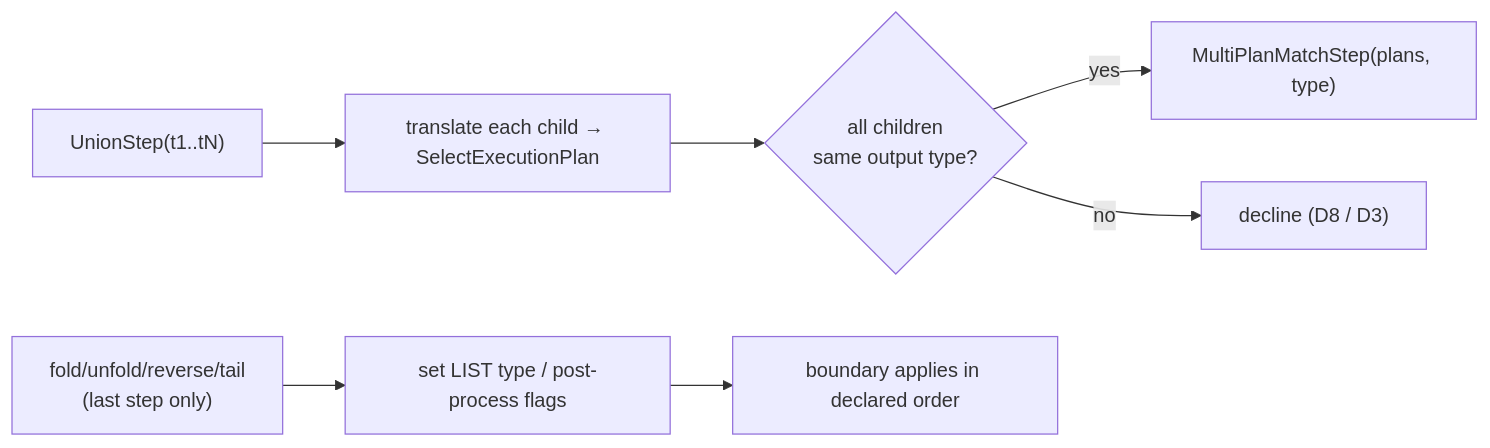
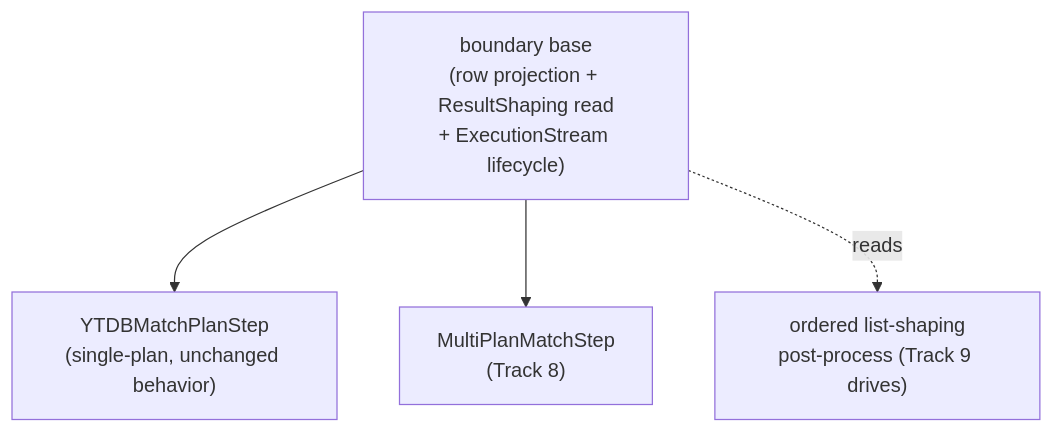
Before and after one commit to JetBrains/youtrackdb: the diagram in docs/adr/gremlin-to-match-translator-design/_workflow/plan/track-7.md, drawn with Mermaid. The commit also changed other lines of this file and 7 other files, not shown here.

````diff
--- a/docs/adr/gremlin-to-match-translator-design/_workflow/plan/track-7.md
+++ b/docs/adr/gremlin-to-match-translator-design/_workflow/plan/track-7.md
@@ -35,9 +38,10 @@
 ```mermaid
-flowchart LR
-    Union["UnionStep(t1..tN)"] --> PerChild["translate each child → SelectExecutionPlan"]
-    PerChild --> TypeChk{"all children\nsame output type?"}
-    TypeChk -- yes --> Multi["MultiPlanMatchStep(plans, type)"]
-    TypeChk -- no --> Decline["decline (D8 / D3)"]
-    Term["fold/unfold/reverse/tail\n(last step only)"] --> Flags["set LIST type / post-process flags"]
-    Flags --> Boundary["boundary applies in declared order"]
+flowchart TB
+    Base["boundary base\n(row projection + ResultShaping read\n+ ExecutionStream lifecycle)"]
+    Single["YTDBMatchPlanStep\n(single-plan, unchanged behavior)"]
+    Multi["MultiPlanMatchStep\n(Track 8)"]
+    Post["ordered list-shaping\npost-process (Track 9 drives)"]
+    Base --> Single
+    Base --> Multi
+    Base -. reads .-> Post
 ```
````
